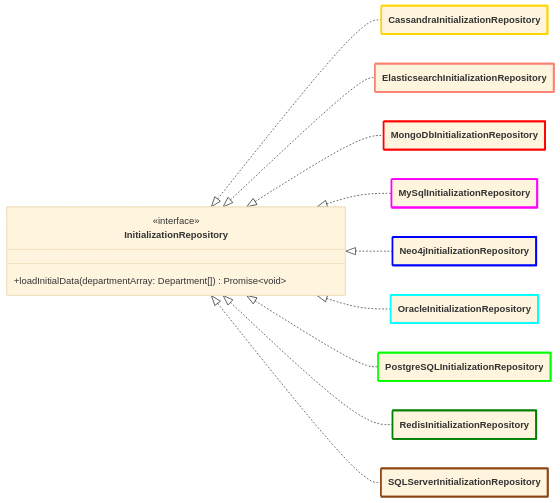
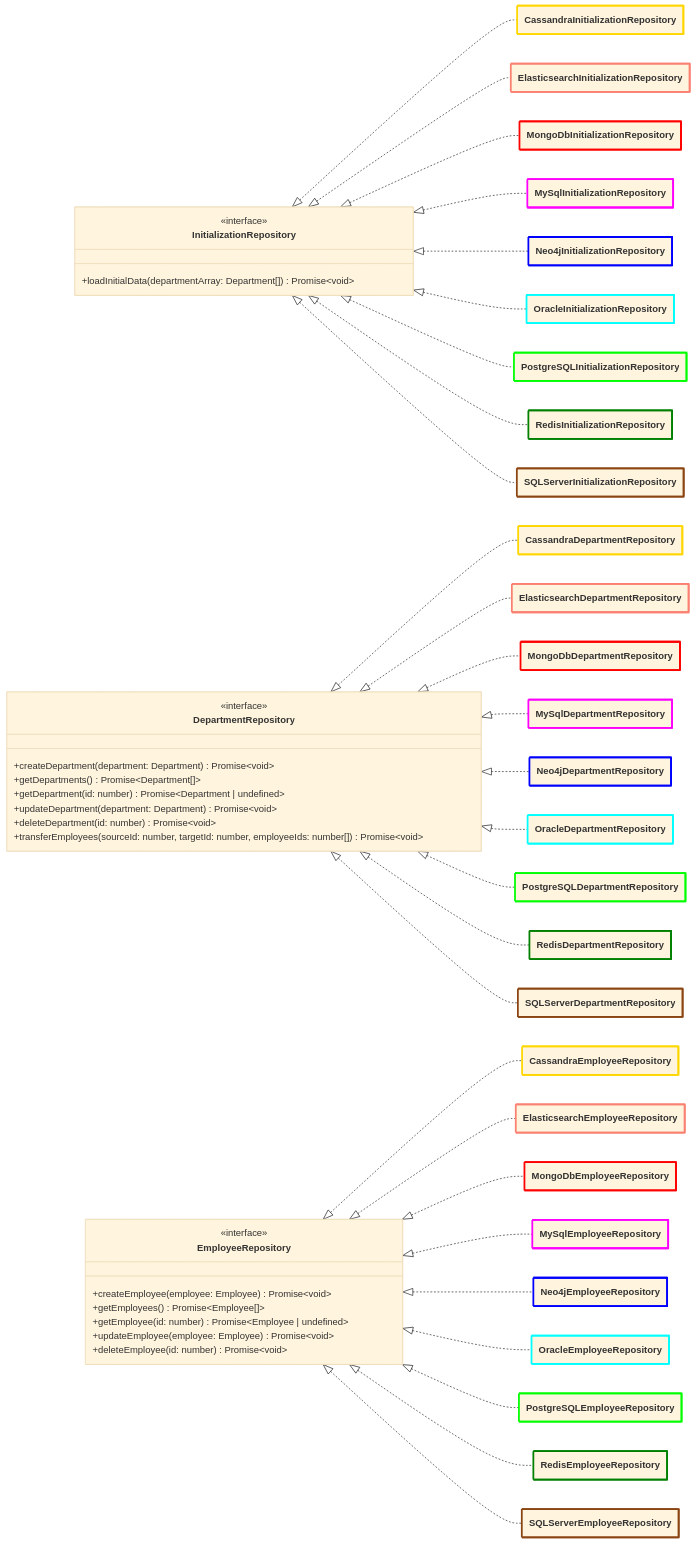
One commit to k1729p/Study28 changed the diagram in docs/mermaid/classDiagramInitializationRepository.md. Above: the diagram before and after it, drawn with Mermaid (base theme).

```diff
--- a/docs/mermaid/classDiagramInitializationRepository.md
+++ b/docs/mermaid/classDiagramInitializationRepository.md
@@ -32,6 +32,64 @@
   InitializationRepository <|.. PostgreSQLInitializationRepository
   InitializationRepository <|.. RedisInitializationRepository
   InitializationRepository <|.. SQLServerInitializationRepository
+
+  class DepartmentRepository {
+    <<interface>>
+    +createDepartment(department: Department) Promise~void~
+    +getDepartments() Promise~Department[]~
+    +getDepartment(id: number) Promise~Department | undefined~
+    +updateDepartment(department: Department) Promise~void~
+    +deleteDepartment(id: number) Promise~void~
+    +transferEmployees(sourceId: number, targetId: number, employeeIds: number[]) Promise~void~
+  }
+
+  class CassandraDepartmentRepository:::gold { }
+  class ElasticsearchDepartmentRepository:::salmon { }
+  class MongoDbDepartmentRepository:::red { }
+  class MySqlDepartmentRepository:::magenta { }
+  class Neo4jDepartmentRepository:::blue { }
+  class OracleDepartmentRepository:::cyan { }
+  class PostgreSQLDepartmentRepository:::lime { }
+  class RedisDepartmentRepository:::green { }
+  class SQLServerDepartmentRepository:::brown { }
+
+  DepartmentRepository <|.. CassandraDepartmentRepository
+  DepartmentRepository <|.. ElasticsearchDepartmentRepository
+  DepartmentRepository <|.. MongoDbDepartmentRepository
+  DepartmentRepository <|.. MySqlDepartmentRepository
+  DepartmentRepository <|.. Neo4jDepartmentRepository
+  DepartmentRepository <|.. OracleDepartmentRepository
+  DepartmentRepository <|.. PostgreSQLDepartmentRepository
+  DepartmentRepository <|.. RedisDepartmentRepository
+  DepartmentRepository <|.. SQLServerDepartmentRepository
+
+  class EmployeeRepository {
+    <<interface>>
+    +createEmployee(employee: Employee) Promise~void~
+    +getEmployees() Promise~Employee[]~
+    +getEmployee(id: number) Promise~Employee | undefined~
+    +updateEmployee(employee: Employee) Promise~void~
+    +deleteEmployee(id: number) Promise~void~
+  }
+  class CassandraEmployeeRepository:::gold { }
+  class ElasticsearchEmployeeRepository:::salmon { }
+  class MongoDbEmployeeRepository:::red { }
+  class MySqlEmployeeRepository:::magenta { }
+  class Neo4jEmployeeRepository:::blue { }
+  class OracleEmployeeRepository:::cyan { }
+  class PostgreSQLEmployeeRepository:::lime { }
+  class RedisEmployeeRepository:::green { }
+  class SQLServerEmployeeRepository:::brown { }
+
+  EmployeeRepository <|.. CassandraEmployeeRepository
+  EmployeeRepository <|.. ElasticsearchEmployeeRepository
+  EmployeeRepository <|.. MongoDbEmployeeRepository
+  EmployeeRepository <|.. MySqlEmployeeRepository
+  EmployeeRepository <|.. Neo4jEmployeeRepository
+  EmployeeRepository <|.. OracleEmployeeRepository
+  EmployeeRepository <|.. PostgreSQLEmployeeRepository
+  EmployeeRepository <|.. RedisEmployeeRepository
+  EmployeeRepository <|.. SQLServerEmployeeRepository
 %% Styles
   classDef brown stroke:saddlebrown,stroke-width:3px
   classDef blue stroke:blue,stroke-width:3px
```
